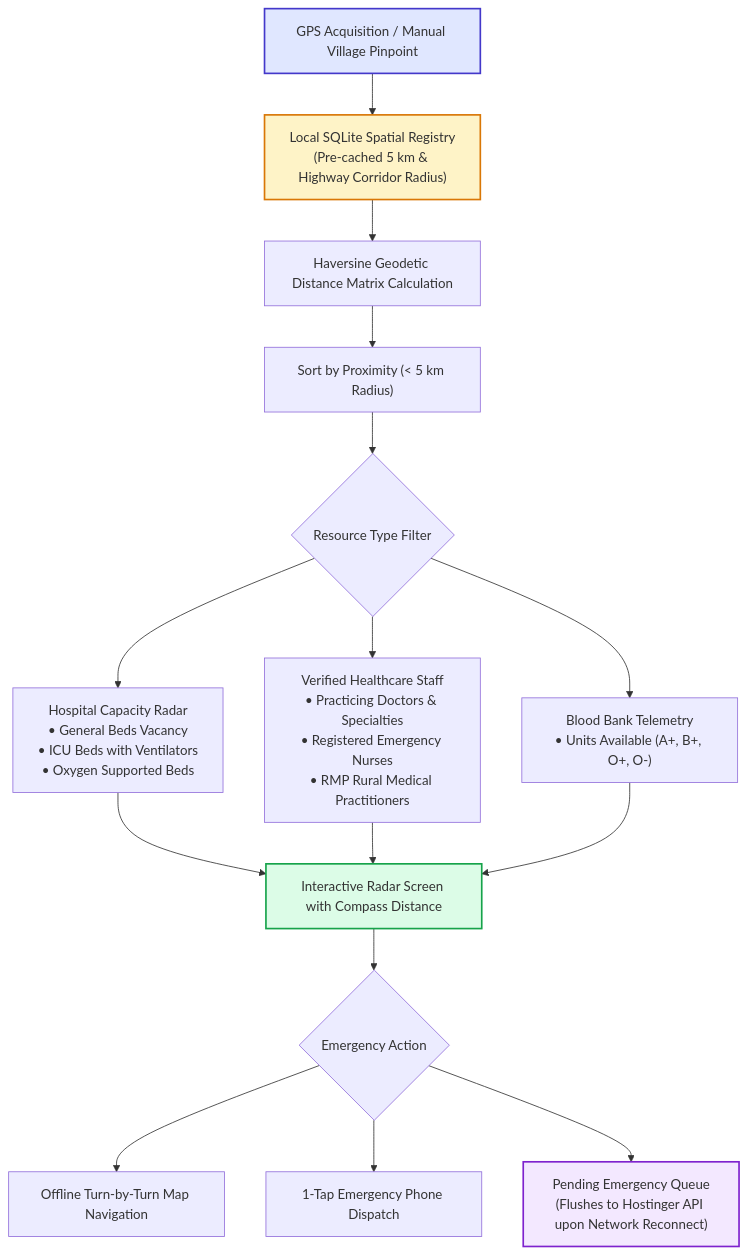
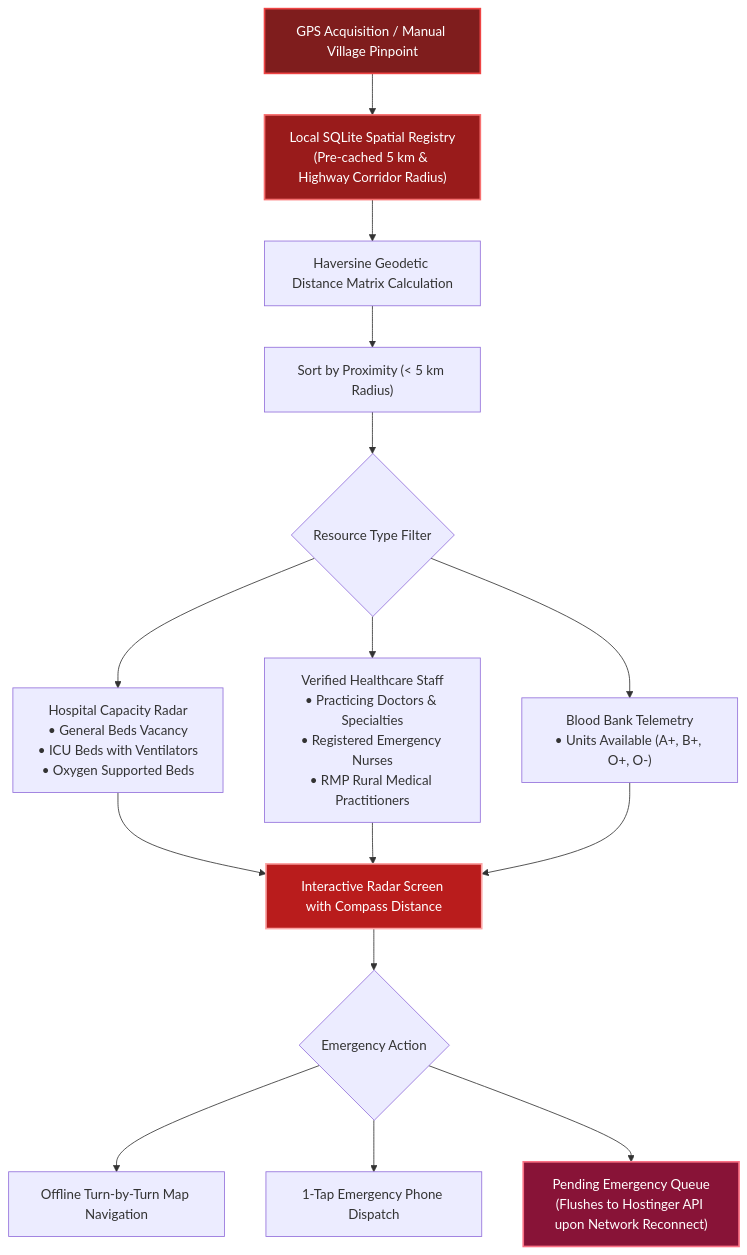
The tenth of 17 diagrams in README.md (pavanstarkin-tech/sanjeevani-ai), drawn with Mermaid before and after one commit. The commit also changed other lines of this file and 3 other files, not shown here.

Commit message:
fix(docs): resolve Mermaid parse errors and use high-contrast red boxes with white text

````diff
--- a/README.md
+++ b/README.md
@@ -562,25 +562,25 @@
 ```mermaid
 flowchart TD
     LocInit["GPS Acquisition / Manual Village Pinpoint"] --> OfflineCache["Local SQLite Spatial Registry<br/>(Pre-cached 5 km & Highway Corridor Radius)"]
     OfflineCache --> Haversine["Haversine Geodetic Distance Matrix Calculation"]
     Haversine --> SortRadar["Sort by Proximity (< 5 km Radius)"]
     
     SortRadar --> Categorize{"Resource Type Filter"}
     Categorize --> Beds["Hospital Capacity Radar<br/>• General Beds Vacancy<br/>• ICU Beds with Ventilators<br/>• Oxygen Supported Beds"]
     Categorize --> Personnel["Verified Healthcare Staff<br/>• Practicing Doctors & Specialties<br/>• Registered Emergency Nurses<br/>• RMP Rural Medical Practitioners"]
     Categorize --> Blood["Blood Bank Telemetry<br/>• Units Available (A+, B+, O+, O-)"]
     
     Beds --> UI["Interactive Radar Screen with Compass Distance"]
     Personnel --> UI
     Blood --> UI
     
     UI --> Actions{"Emergency Action"}
     Actions --> Nav["Offline Turn-by-Turn Map Navigation"]
     Actions --> Call["1-Tap Emergency Phone Dispatch"]
     Actions --> QueueSync["Pending Emergency Queue<br/>(Flushes to Hostinger API upon Network Reconnect)"]
 
-    style LocInit fill:#E0E7FF,stroke:#4338CA,stroke-width:2px
-    style OfflineCache fill:#FEF3C7,stroke:#D97706,stroke-width:2px
-    style UI fill:#DCFCE7,stroke:#16A34A,stroke-width:2px
-    style QueueSync fill:#F3E8FF,stroke:#7E22CE,stroke-width:2px
+    style LocInit fill:#7F1D1D,color:#FFFFFF,stroke:#EF4444,stroke-width:2px
+    style OfflineCache fill:#991B1B,color:#FFFFFF,stroke:#F87171,stroke-width:2px
+    style UI fill:#B91C1C,color:#FFFFFF,stroke:#FCA5A5,stroke-width:2px
+    style QueueSync fill:#881337,color:#FFFFFF,stroke:#FB7185,stroke-width:2px
 ```
````
